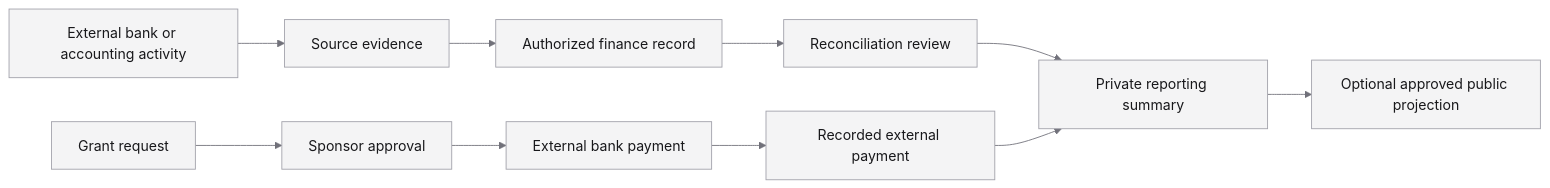
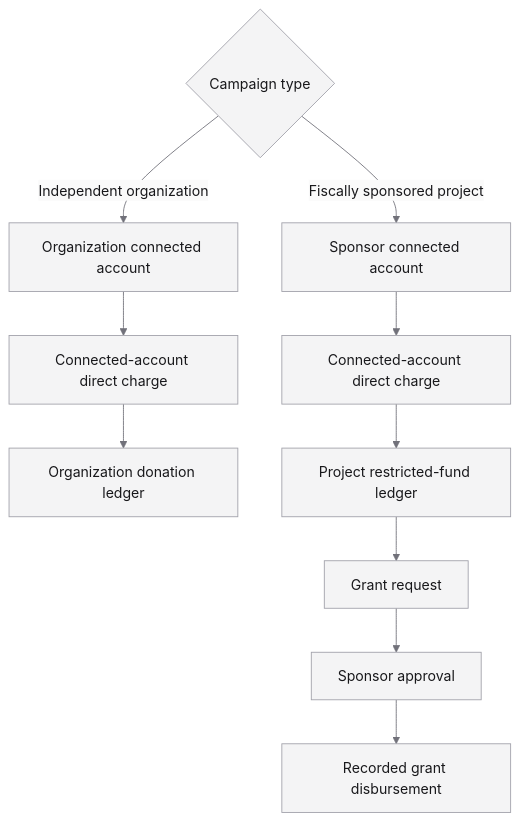
Before and after one commit to Hamernick/coach-house-lms: the second of 7 diagrams in docs/plans/2026-08-04-finance-fundraising-find-release-design.md, drawn with Mermaid. The commit also changed other lines of this file and 2714 other files, not shown here.

````diff
--- a/docs/plans/2026-08-04-finance-fundraising-find-release-design.md
+++ b/docs/plans/2026-08-04-finance-fundraising-find-release-design.md
@@ -765,13 +374,14 @@
 ```mermaid
 %%{init: {"theme": "base", "themeVariables": {"primaryColor": "#f4f4f5", "primaryTextColor": "#18181b", "primaryBorderColor": "#a1a1aa", "lineColor": "#71717a", "secondaryColor": "#fafafa", "tertiaryColor": "#ffffff", "fontFamily": "Geist, ui-sans-serif, system-ui"}}}%%
-flowchart LR
-  External[External bank or accounting activity] --> Evidence[Source evidence]
-  Evidence --> Record[Authorized finance record]
-  Record --> Review[Reconciliation review]
-  Review --> Summary[Private reporting summary]
-  Summary --> Public[Optional approved public projection]
-  Request[Grant request] --> Approval[Sponsor approval]
-  Approval --> BankPayment[External bank payment]
-  BankPayment --> PaymentRecord[Recorded external payment]
-  PaymentRecord --> Summary
+flowchart TD
+  Campaign{Campaign type}
+  Campaign -->|Independent organization| OrgAccount[Organization connected account]
+  Campaign -->|Fiscally sponsored project| SponsorAccount[Sponsor connected account]
+  OrgAccount --> DirectCharge[Connected-account direct charge]
+  SponsorAccount --> SponsorCharge[Connected-account direct charge]
+  DirectCharge --> OrgLedger[Organization donation ledger]
+  SponsorCharge --> RestrictedLedger[Project restricted-fund ledger]
+  RestrictedLedger --> GrantRequest[Grant request]
+  GrantRequest --> Approval[Sponsor approval]
+  Approval --> Disbursement[Recorded grant disbursement]
 ```
````
